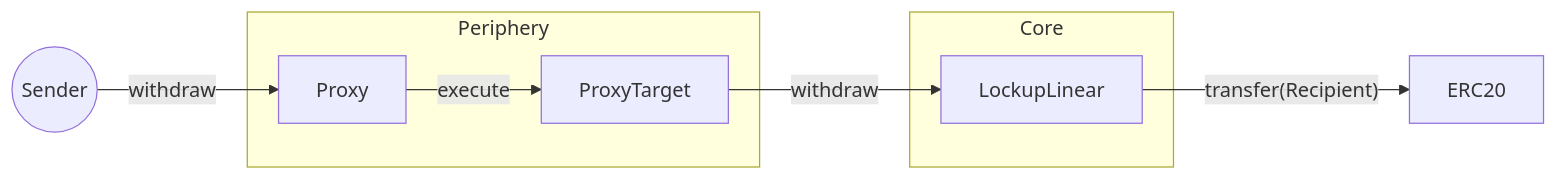
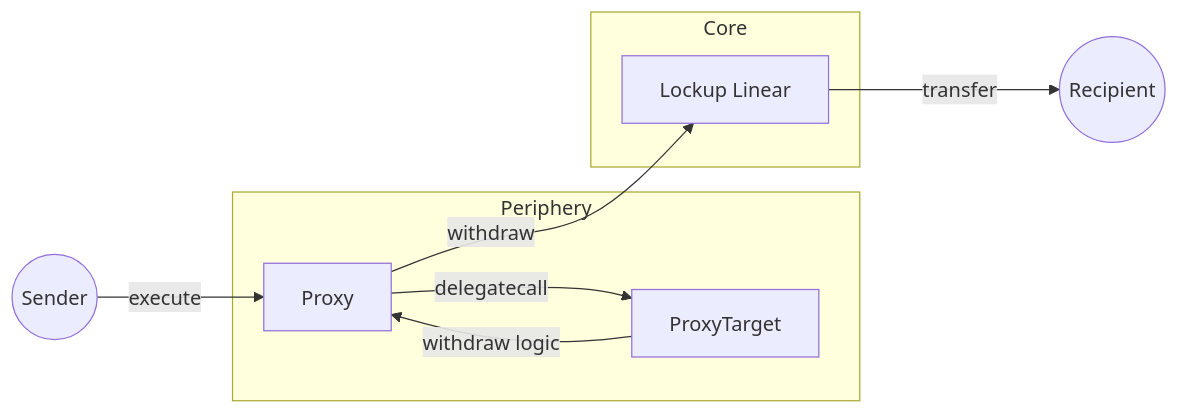
The fifth of 8 diagrams in docs/contracts/v2/reference/02-diagrams.md (sablier-labs/docs), drawn with Mermaid before and after one commit. The commit also changed other lines of this file, not shown here.

First line of the commit message:
Improve diagrams  (#67)

````diff
--- a/docs/contracts/v2/reference/02-diagrams.md
+++ b/docs/contracts/v2/reference/02-diagrams.md
@@ -125,16 +135,18 @@
 ```mermaid
 flowchart LR
   S((Sender))
   subgraph Periphery
     P[Proxy]
     PT[ProxyTarget]
   end
   subgraph Core
-    LL[LockupLinear]
+    LL[Lockup Linear]
   end
-  E[ERC20]
-  S -- "withdraw" --> P
-  P -- "execute" --> PT
-  PT -- "withdraw" --> LL
-  LL -- "transfer(Recipient)" --> E
+  R((Recipient))
+
+  S -- "execute" --> P
+  P -- "delegatecall" --> PT
+  PT -- "withdraw logic" --> P
+  P -- "withdraw" --> LL
+  LL -- "transfer" ---> R
 ```
````
